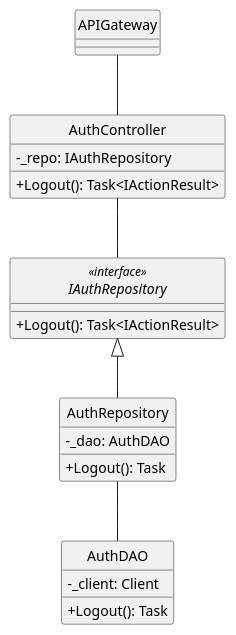
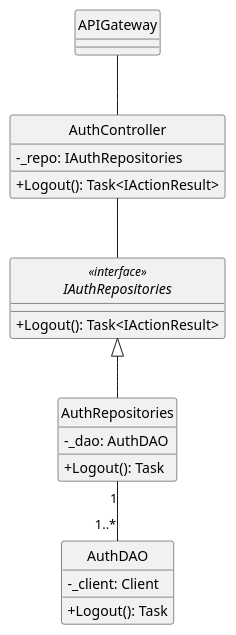
Before and after one commit to minhnhut23/FPT-OBOMS: the diagram in docs/ClassDiagram/Authtentication/Logout/Logout.plantuml, drawn with PlantUML. The commit also changed 9 other files, not shown here.

Commit message:
edit diagram auth and user

```diff
--- a/docs/ClassDiagram/Authtentication/Logout/Logout.plantuml
+++ b/docs/ClassDiagram/Authtentication/Logout/Logout.plantuml
@@ -1,37 +1,36 @@
 @startuml 
 hide circle
 skinparam classAttributeIconSize 0
 skinparam linetype ortho
 
 class APIGateway {
 }
 
 class AuthController {
-    - _repo: IAuthRepository
+    - _repo: IAuthRepositories
     + Logout(): Task<IActionResult> 
 }
 
-interface IAuthRepository<<interface>> { 
+interface IAuthRepositories<<interface>> { 
     + Logout(): Task<IActionResult>
 }
 
-class AuthRepository {
+class AuthRepositories {
     - _dao: AuthDAO
     + Logout(): Task    
 }
 
 class AuthDAO {
     - _client: Client
     + Logout(): Task
 }
 
 APIGateway -- AuthController
 
-AuthController -- IAuthRepository
+AuthController -- IAuthRepositories
 
-IAuthRepository <|-- AuthRepository
+IAuthRepositories <|-- AuthRepositories
 
-AuthRepository -- AuthDAO
-
+AuthRepositories "1" -- "1..*" AuthDAO
 
 @enduml
```
